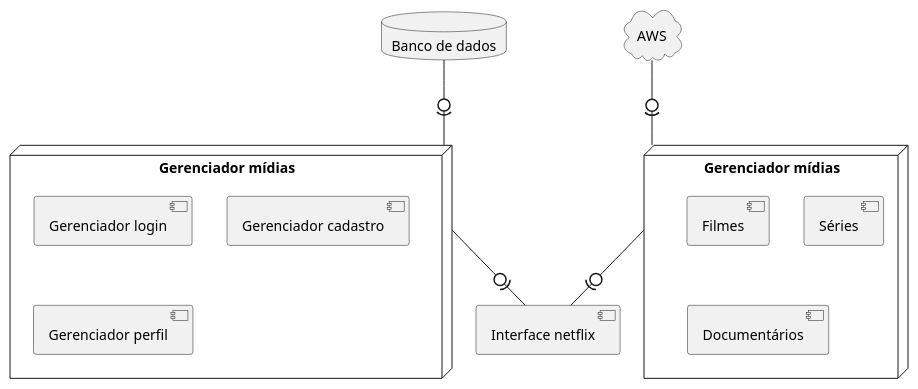
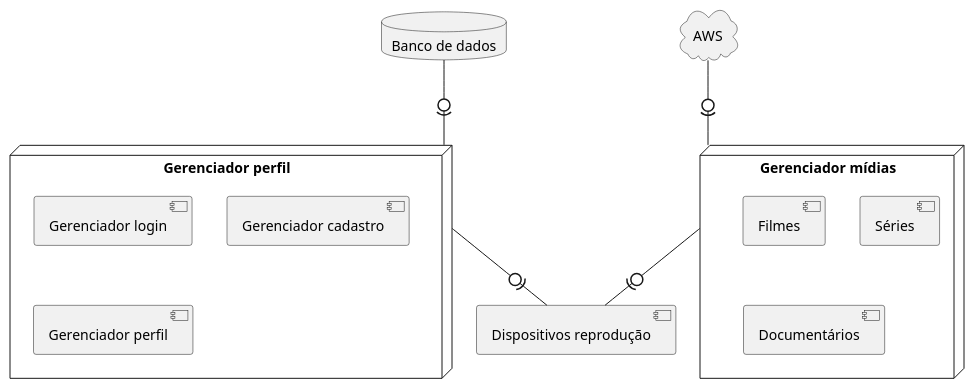
Before and after one commit to kvojps/estudo-uml: the diagram in netflix/F-Componentes/componentSistemaControleNetflix.puml, drawn with PlantUML. The commit also changed 1 other file, not shown here.

```diff
--- a/netflix/F-Componentes/componentSistemaControleNetflix.puml
+++ b/netflix/F-Componentes/componentSistemaControleNetflix.puml
@@ -1,22 +1,22 @@
 @startuml Sistema Controle Netflix
 
 cloud cloud1 as "AWS"
 database db as "Banco de dados"
 
 node node1 as "Gerenciador mídias" {
   [Filmes]
   [Séries]
   [Documentários]
 }
 
-node node2 as "Gerenciador mídias" {
+node node2 as "Gerenciador perfil" {
   [Gerenciador login]
   [Gerenciador cadastro]
   [Gerenciador perfil]
 }
 
 db -0)-- node2
 cloud1 -0)-- node1
-node1 -0)- [Interface netflix]
-node2 -0)- [Interface netflix]
+node1 -0)- [Dispositivos reprodução]
+node2 -0)- [Dispositivos reprodução]
 @enduml
```
